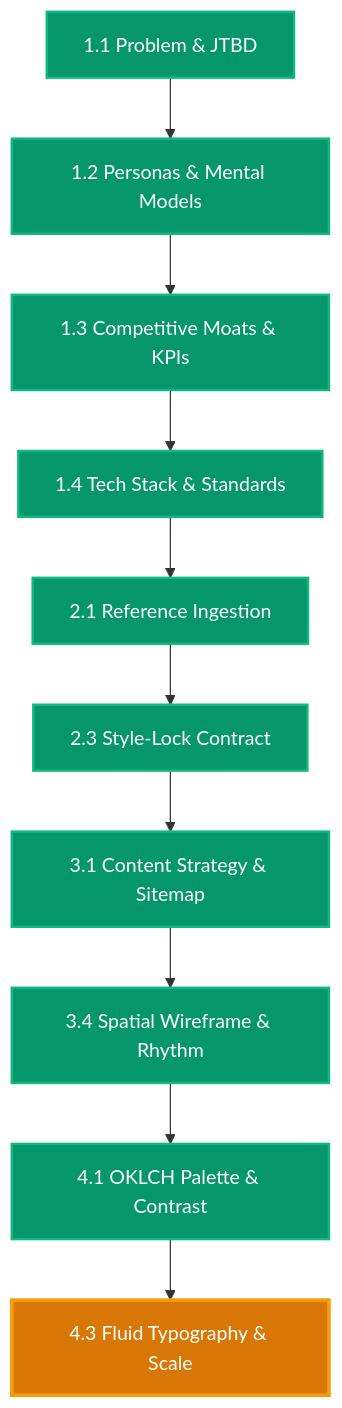
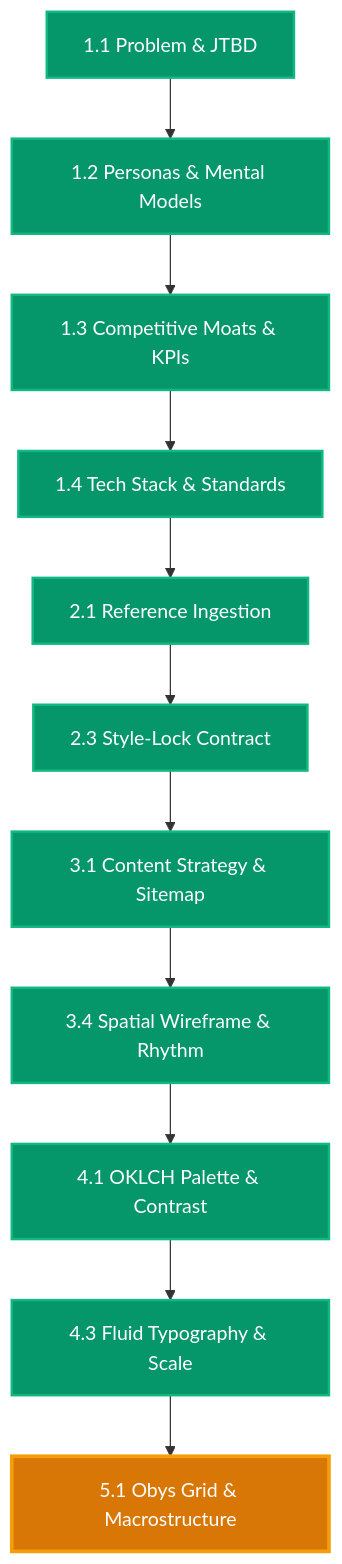
The diagram in RESUME.md (atinek-182/Vidya-Dham-Academy), drawn with Mermaid before and after one commit. The commit also changed other lines of this file and 5 other files, not shown here.

Commit message:
[PASS] Phase 4.3: Fluid Typography Scales, Newsreader & Schibsted Grotesk Pairings, and OpenType Tokens

````diff
--- a/RESUME.md
+++ b/RESUME.md
@@ -41,16 +40,17 @@
 ```mermaid
 graph TD
   P1_1["1.1 Problem & JTBD"]:::completed --> P1_2["1.2 Personas & Mental Models"]:::completed
   P1_2 --> P1_3["1.3 Competitive Moats & KPIs"]:::completed
   P1_3 --> P1_4["1.4 Tech Stack & Standards"]:::completed
   P1_4 --> P2_1["2.1 Reference Ingestion"]:::completed
   P2_1 --> P2_3["2.3 Style-Lock Contract"]:::completed
   P2_3 --> P3_1["3.1 Content Strategy & Sitemap"]:::completed
   P3_1 --> P3_4["3.4 Spatial Wireframe & Rhythm"]:::completed
   P3_4 --> P4_1["4.1 OKLCH Palette & Contrast"]:::completed
-  P4_1 --> P4_3["4.3 Fluid Typography & Scale"]:::active
+  P4_1 --> P4_3["4.3 Fluid Typography & Scale"]:::completed
+  P4_3 --> P5_1["5.1 Obys Grid & Macrostructure"]:::active
 
   classDef completed fill:#059669,stroke:#10b981,color:#ffffff,stroke-width:2px;
   classDef active fill:#d97706,stroke:#f59e0b,color:#ffffff,stroke-width:3px;
   classDef pending fill:#1f2937,stroke:#374151,color:#9ca3af,stroke-width:1px;
 ```
````
